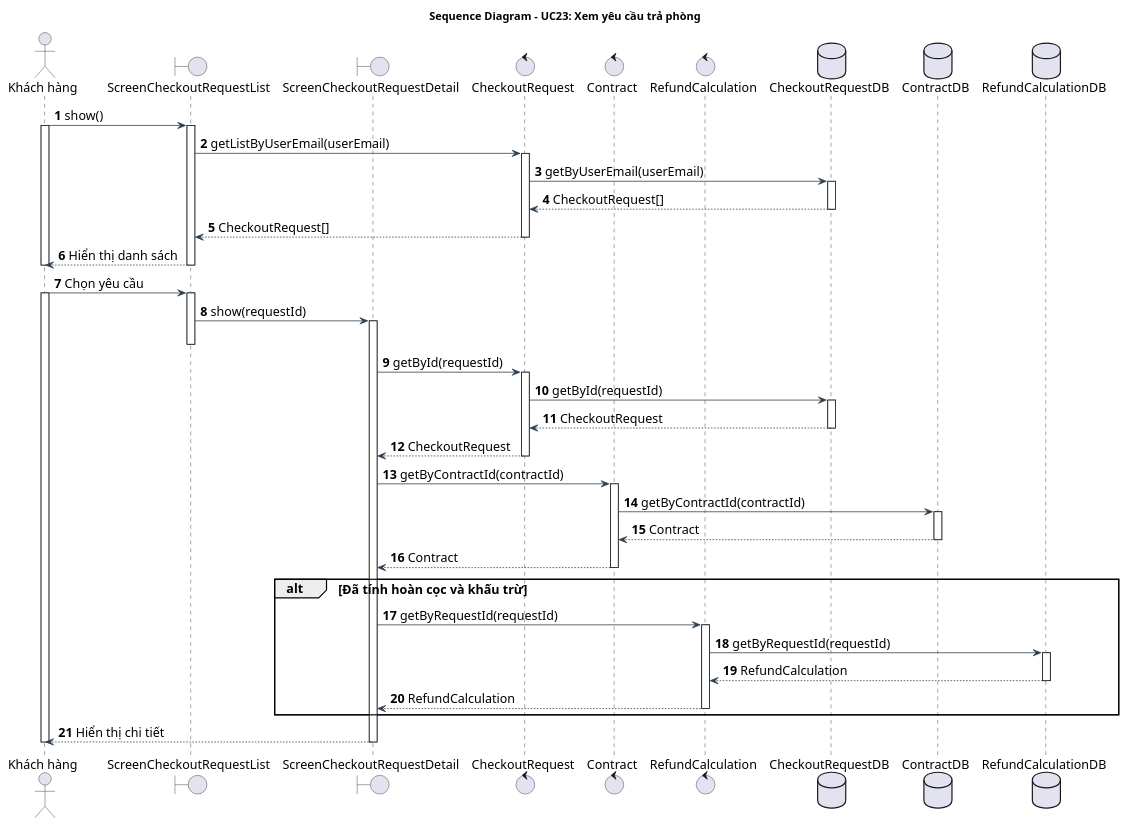
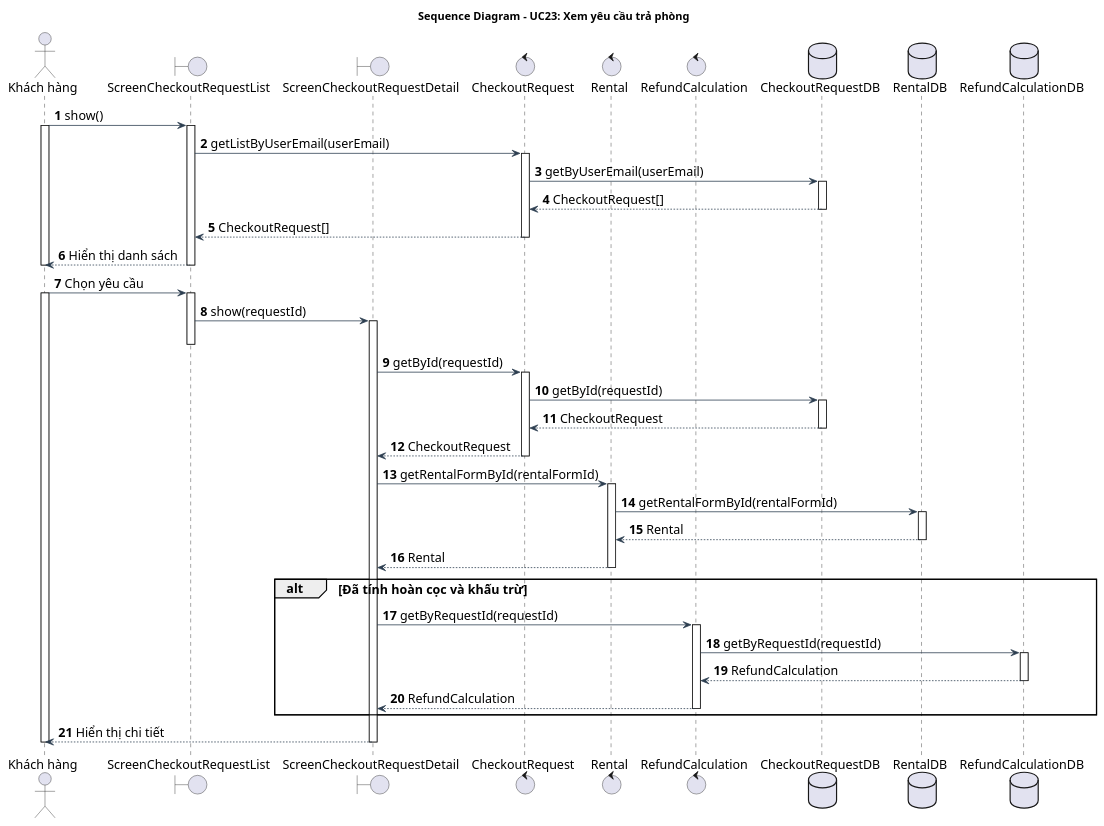
Before and after one commit to Gnourt812005/HCMUS-Analyze-and-desgin-IS: the diagram in doc/system/xem_yeu_cau_tra_phong/XemYeuCauTraPhong_SequenceDiagram.wsd, drawn with PlantUML. The commit also changed 10 other files, not shown here.

Commit message:
quangdo/diagram: adjusted diagrams to match code

```diff
--- a/doc/system/xem_yeu_cau_tra_phong/XemYeuCauTraPhong_SequenceDiagram.wsd
+++ b/doc/system/xem_yeu_cau_tra_phong/XemYeuCauTraPhong_SequenceDiagram.wsd
@@ -1,80 +1,80 @@
 @startuml XemYeuCauTraPhong_SequenceDiagram
 title Sequence Diagram - UC23: Xem yêu cầu trả phòng
 
 skinparam {
     BackgroundColor White
     ArrowColor #2D3E50
     DefaultFontName "Arial"
     DefaultFontSize 16
     ParticipantPadding 15
 }
 
 autonumber
 
 actor "Khách hàng" as customer
 boundary "ScreenCheckoutRequestList" as listScreen
 boundary "ScreenCheckoutRequestDetail" as detailScreen
 control "CheckoutRequest" as checkoutCtrl
-control "Contract" as contractCtrl
+control "Rental" as rentalCtrl
 control "RefundCalculation" as refundCtrl
 database "CheckoutRequestDB" as checkoutDb
-database "ContractDB" as contractDb
+database "RentalDB" as rentalDb
 database "RefundCalculationDB" as refundDb
 
 customer -> listScreen: show()
 activate listScreen
 activate customer
 listScreen -> checkoutCtrl: getListByUserEmail(userEmail)
 activate checkoutCtrl
 checkoutCtrl -> checkoutDb: getByUserEmail(userEmail)
 activate checkoutDb
 checkoutDb --> checkoutCtrl: CheckoutRequest[]
 deactivate checkoutDb
 checkoutCtrl --> listScreen: CheckoutRequest[]
 deactivate checkoutCtrl
 
 listScreen --> customer: Hiển thị danh sách
 deactivate listScreen
 deactivate customer
 
 customer -> listScreen: Chọn yêu cầu
 activate listScreen
 activate customer
 listScreen -> detailScreen: show(requestId)
 activate detailScreen
 deactivate listScreen
 detailScreen -> checkoutCtrl: getById(requestId)
 activate checkoutCtrl
 checkoutCtrl -> checkoutDb: getById(requestId)
 activate checkoutDb
 checkoutDb --> checkoutCtrl: CheckoutRequest
 deactivate checkoutDb
 checkoutCtrl --> detailScreen: CheckoutRequest
 deactivate checkoutCtrl
 
-detailScreen -> contractCtrl: getByContractId(contractId)
-activate contractCtrl
-contractCtrl -> contractDb: getByContractId(contractId)
-activate contractDb
-contractDb --> contractCtrl: Contract
-deactivate contractDb
-contractCtrl --> detailScreen: Contract
-deactivate contractCtrl
+detailScreen -> rentalCtrl: getRentalFormById(rentalFormId)
+activate rentalCtrl
+rentalCtrl -> rentalDb: getRentalFormById(rentalFormId)
+activate rentalDb
+rentalDb --> rentalCtrl: Rental
+deactivate rentalDb
+rentalCtrl --> detailScreen: Rental
+deactivate rentalCtrl
 
 alt Đã tính hoàn cọc và khấu trừ
     detailScreen -> refundCtrl: getByRequestId(requestId)
     activate refundCtrl
     refundCtrl -> refundDb: getByRequestId(requestId)
     activate refundDb
     refundDb --> refundCtrl: RefundCalculation 
     deactivate refundDb
     refundCtrl --> detailScreen: RefundCalculation 
     deactivate refundCtrl
 end
 
 detailScreen --> customer: Hiển thị chi tiết
 deactivate detailScreen
 deactivate listScreen
 deactivate customer
 
 @enduml
```
